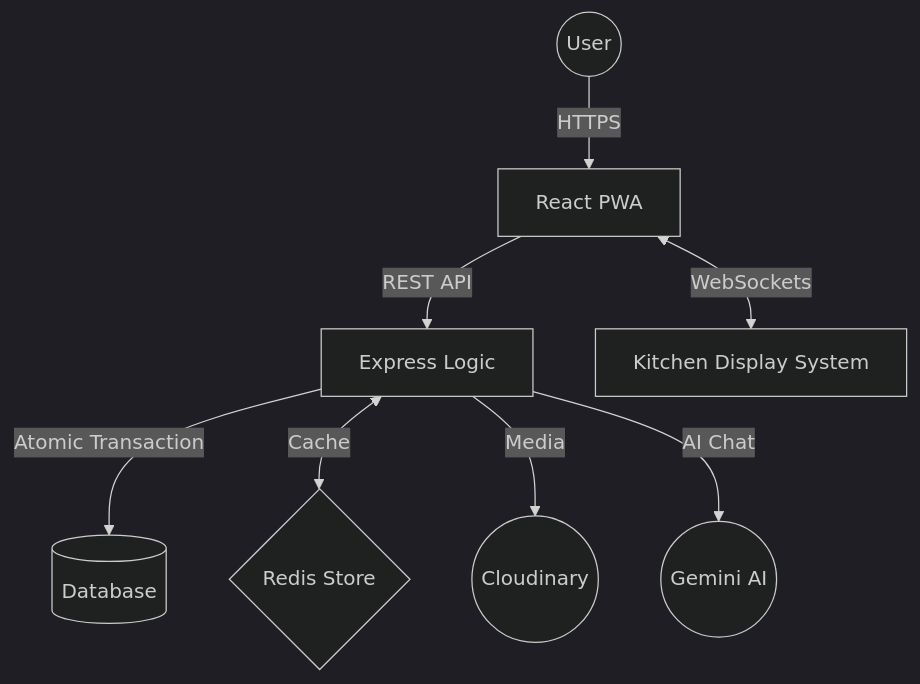
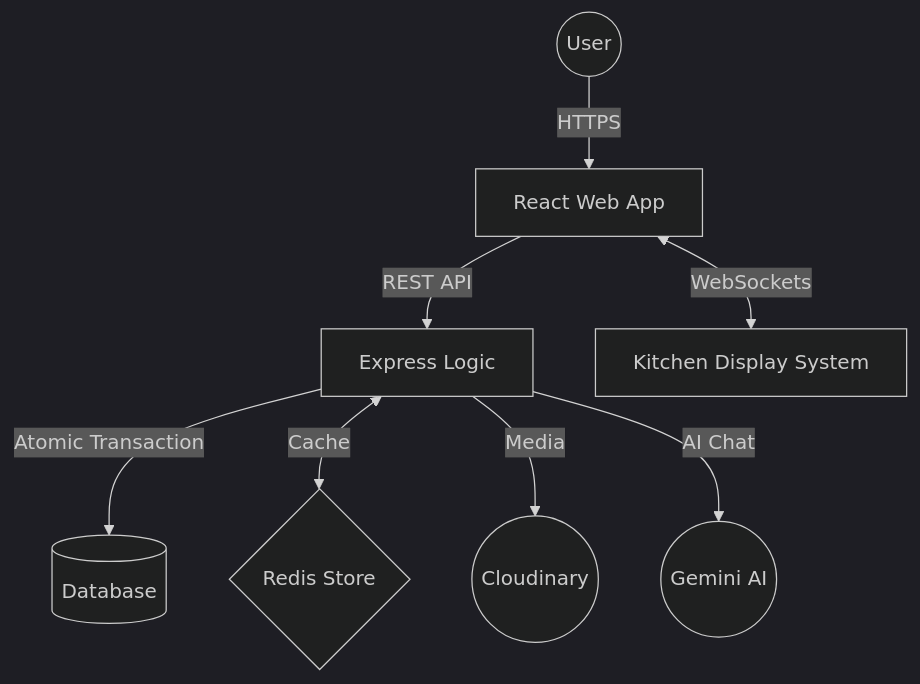
One commit to markec12345678/Tasty-Station-POS changed the diagram in readme.md. Above: the diagram before and after it, drawn with Mermaid (dark theme). The commit also changed other lines of this file and 57 other files, not shown here.

````diff
--- a/readme.md
+++ b/readme.md
@@ -338,10 +339,10 @@
 ```mermaid
 graph TD
-    User((User)) -->|HTTPS| Frontend[React PWA]
+    User((User)) -->|HTTPS| Frontend[React Web App]
     Frontend -->|REST API| Backend[Express Logic]
     Frontend <-->|WebSockets| KDS[Kitchen Display System]
     Backend -->|Atomic Transaction| MongoDB[(Database)]
     Backend <-->|Cache| Redis{Redis Store}
     Backend -->|Media| Cloudinary((Cloudinary))
     Backend -->|AI Chat| Gemini((Gemini AI))
 ```
````
